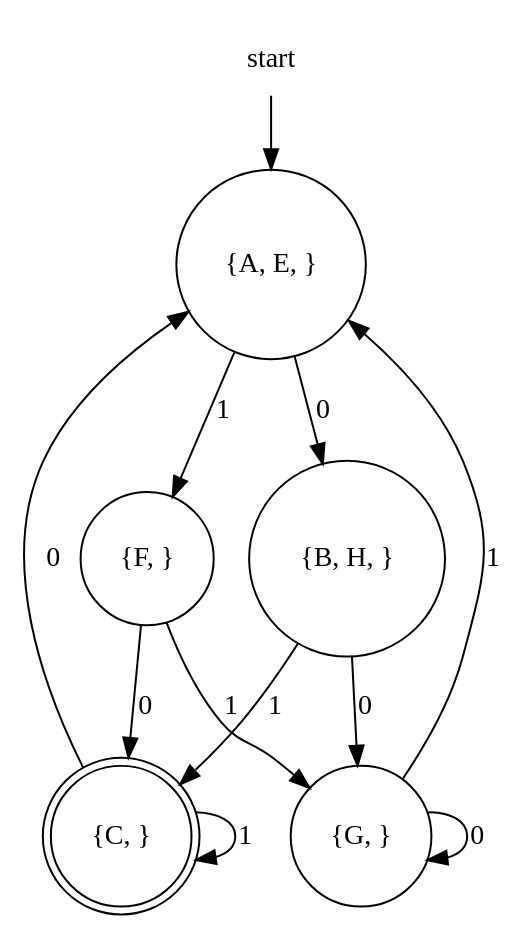
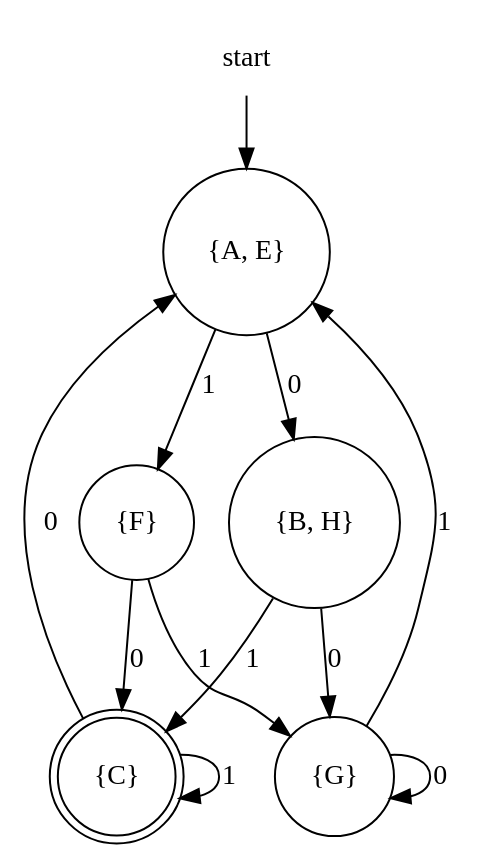
One commit to evertheylen/TA_TO changed the diagram in Helix/engine_r/TFA/voorbeeldinputTFA.xml.dot. Above: the diagram before and after it, drawn with Graphviz. The commit also changed 3 other files, not shown here.

```diff
--- a/Helix/engine_r/TFA/voorbeeldinputTFA.xml.dot
+++ b/Helix/engine_r/TFA/voorbeeldinputTFA.xml.dot
@@ -1,16 +1,16 @@
 digraph automaton {
     node [shape=none]; start;
-    node [shape=doublecircle]; "{C, }";
+    node [shape=doublecircle]; "{C}";
     node [shape=circle];
-    start -> "{A, E, }";
-    "{A, E, }" -> "{B, H, }" [label="0"];
-    "{A, E, }" -> "{F, }" [label="1"];
-    "{B, H, }" -> "{G, }" [label="0"];
-    "{B, H, }" -> "{C, }" [label="1"];
-    "{C, }" -> "{A, E, }" [label="0"];
-    "{C, }" -> "{C, }" [label="1"];
-    "{F, }" -> "{C, }" [label="0"];
-    "{F, }" -> "{G, }" [label="1"];
-    "{G, }" -> "{G, }" [label="0"];
-    "{G, }" -> "{A, E, }" [label="1"];
+    start -> "{A, E}";
+    "{A, E}" -> "{B, H}" [label="0"];
+    "{A, E}" -> "{F}" [label="1"];
+    "{B, H}" -> "{G}" [label="0"];
+    "{B, H}" -> "{C}" [label="1"];
+    "{C}" -> "{A, E}" [label="0"];
+    "{C}" -> "{C}" [label="1"];
+    "{F}" -> "{C}" [label="0"];
+    "{F}" -> "{G}" [label="1"];
+    "{G}" -> "{G}" [label="0"];
+    "{G}" -> "{A, E}" [label="1"];
 }
```
